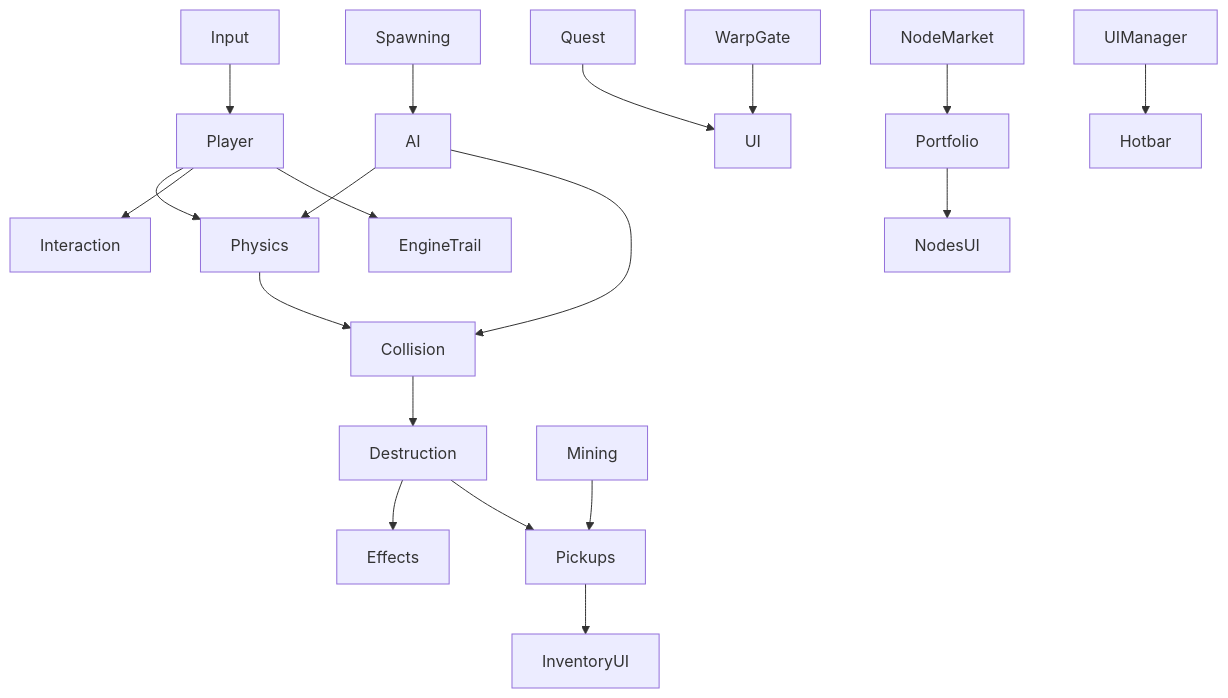
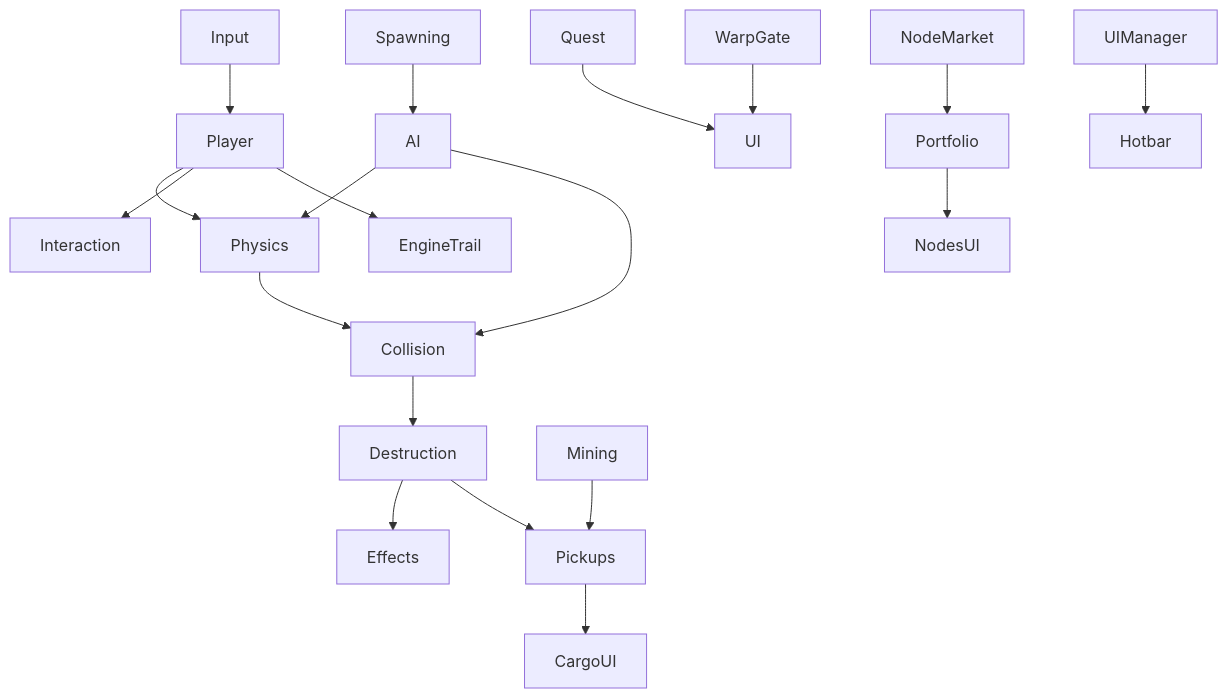
One commit to jmbarnez/LoveProject changed the first of 3 diagrams in docs/SYSTEMS_GUIDE.md. Above: the diagram before and after it, drawn with Mermaid. The commit also changed other lines of this file and 31 other files, not shown here.

Commit message:
Rename Inventory UI to Cargo Panel

````diff
--- a/docs/SYSTEMS_GUIDE.md
+++ b/docs/SYSTEMS_GUIDE.md
@@ -399,21 +399,21 @@
 ```mermaid
 graph TD
     Input --> Player
     Player --> Physics
     Player --> Interaction
     Player --> EngineTrail
     AI --> Physics
     AI --> Collision
     Physics --> Collision
     Collision --> Destruction
     Destruction --> Effects
     Destruction --> Pickups
-    Pickups --> InventoryUI
+    Pickups --> CargoUI
     Mining --> Pickups
     Spawning --> AI
     Quest --> UI
     NodeMarket --> Portfolio
     Portfolio --> NodesUI
     WarpGate --> UI
     UIManager --> Hotbar
 ```
````
